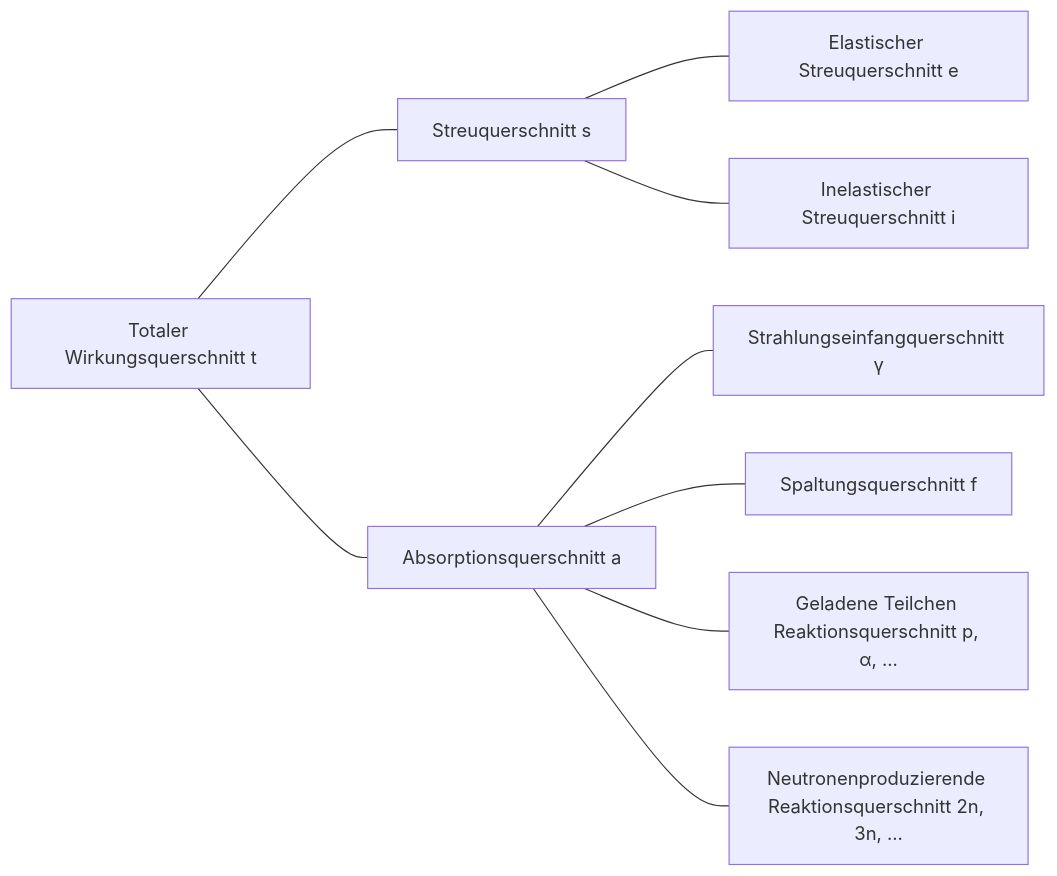
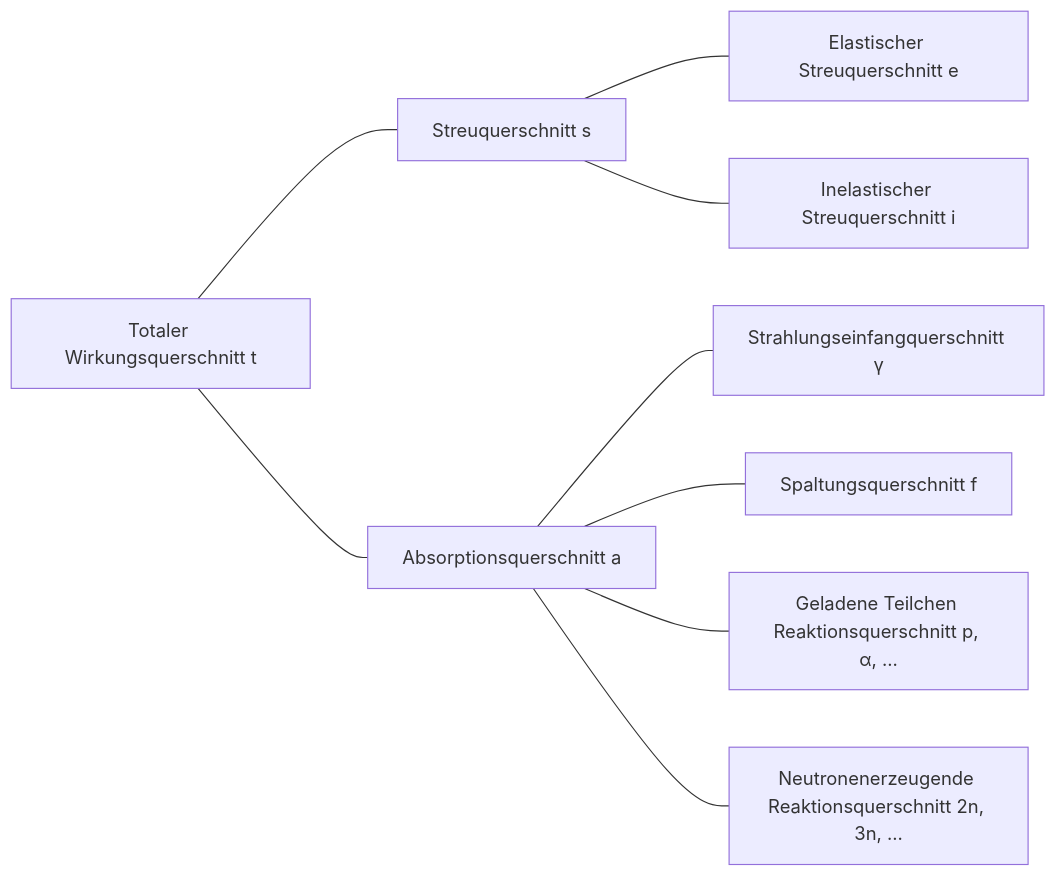
The diagram in _posts/de/2022-03-19-Neutron-Interactions-and-Cross-sections.md (yunseo-kim/yunseo-kim.github.io), drawn with Mermaid before and after one commit. The commit also changed other lines of this file and 116 other files, not shown here.

````diff
--- a/_posts/de/2022-03-19-Neutron-Interactions-and-Cross-sections.md
+++ b/_posts/de/2022-03-19-Neutron-Interactions-and-Cross-sections.md
@@ -76,13 +76,13 @@
 ```mermaid
 flowchart LR
 	total["Totaler Wirkungsquerschnitt t"] --- s["Streuquerschnitt s"]
 	total --- a["Absorptionsquerschnitt a"]
 
 	s --- e["Elastischer Streuquerschnitt e"]
 	s --- i["Inelastischer Streuquerschnitt i"]
 
 	a --- gamma["Strahlungseinfangquerschnitt γ"]
 	a --- f["Spaltungsquerschnitt f"]
 	a --- p["Geladene Teilchen Reaktionsquerschnitt p, α, ..."]
-	a --- n["Neutronenproduzierende Reaktionsquerschnitt 2n, 3n, ..."]
+	a --- n["Neutronenerzeugende Reaktionsquerschnitt 2n, 3n, ..."]
 ```
````
